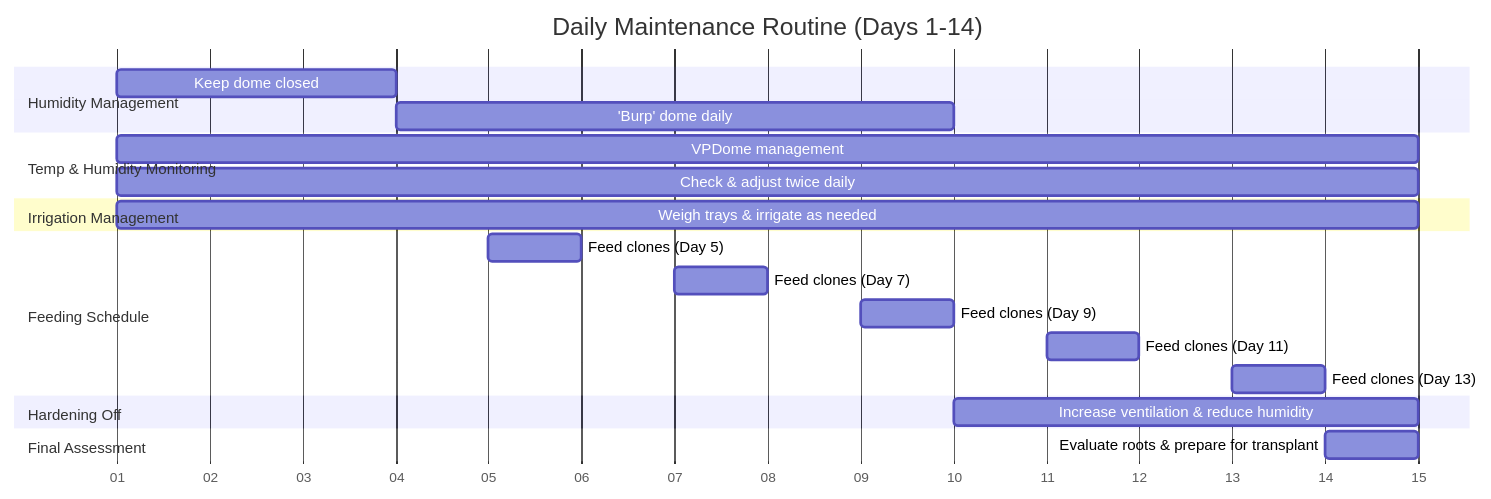
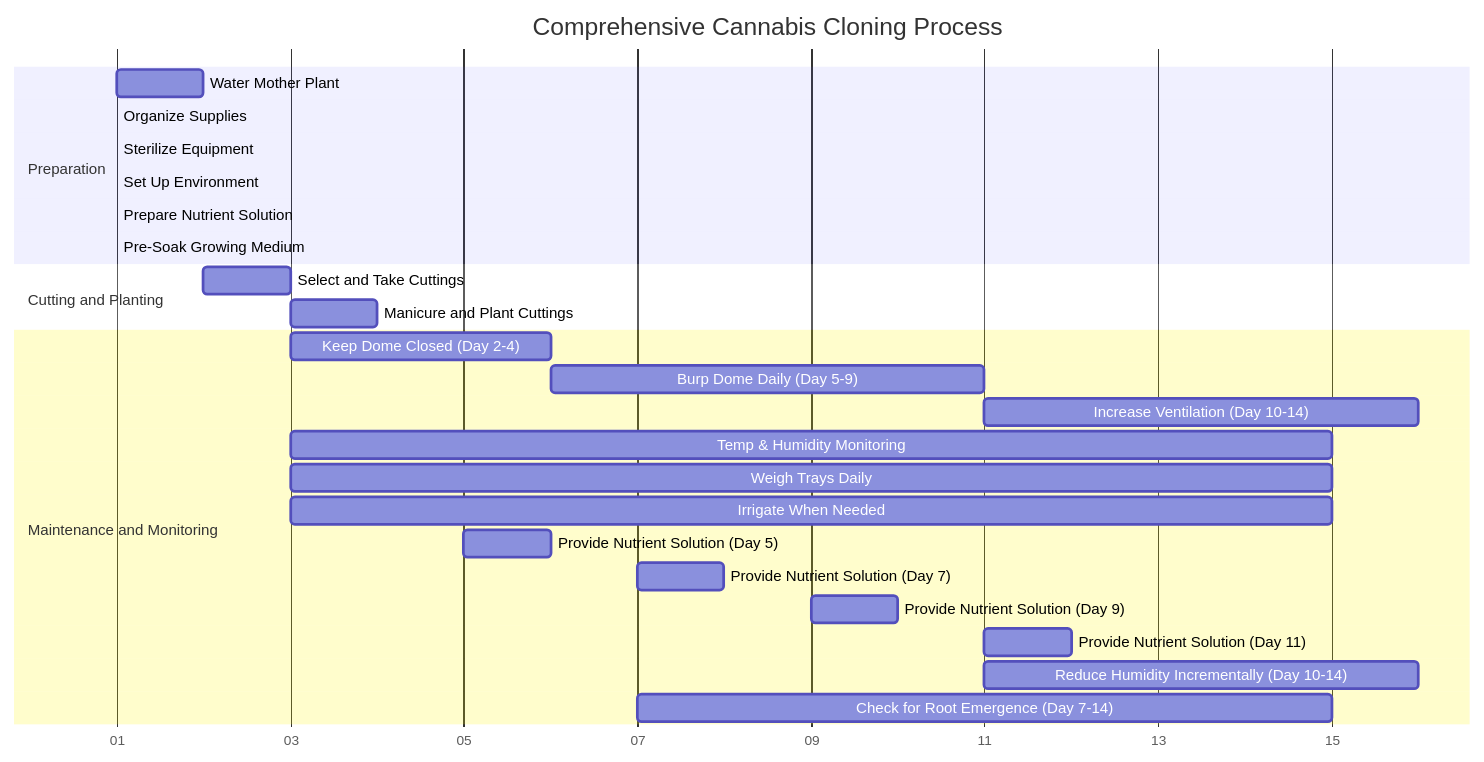
Before and after one commit to JakeTheRabbit/HAGR: the diagram in growingSOPs/cloning.md, drawn with Mermaid.

````diff
--- a/growingSOPs/cloning.md
+++ b/growingSOPs/cloning.md
@@ -27,32 +27,45 @@
-``` mermaid
+```mermaid
 gantt
-    title Daily Maintenance Routine (Days 1-14)
+    title Comprehensive Cannabis Cloning Process
     dateFormat  YYYY-MM-DD
     axisFormat  %d
+    %% Removed 'excludes weekends' to display all days sequentially
 
     %% Define the start date as Day 1 (2024-01-01)
-    section Humidity Management
-    Keep dome closed               :hm1, 2024-01-01, 3d
-    'Burp' dome daily               :hm2, 2024-01-04, 6d
+    section Preparation
+    Water Mother Plant                  :prep1, 2024-01-01, 1d
+    Organize Supplies                   :prep2, 2024-01-01, 0.25d
+    Sterilize Equipment                 :prep3, after prep2, 0.25d
+    Set Up Environment                  :prep4, after prep3, 0.25d
+    Prepare Nutrient Solution           :prep5, after prep4, 0.25d
+    Pre-Soak Growing Medium             :prep6, after prep5, 0.25d
 
-    section Temp & Humidity Monitoring
-    VPDome management               :thm1, 2024-01-01, 14d
-    Check & adjust twice daily      :thm2, 2024-01-01, 14d
+    section Cutting and Planting
+    Select and Take Cuttings             :plant1, 2024-01-02, 1d
+    Manicure and Plant Cuttings          :plant2, after plant1, 1d
 
-    section Irrigation Management
-    Weigh trays & irrigate as needed :im1, 2024-01-01, 14d
+    section Maintenance and Monitoring
+    %% Humidity Management
+    Keep Dome Closed (Day 2-4)          :maint1, 2024-01-03, 3d
+    Burp Dome Daily (Day 5-9)           :maint2, 2024-01-06, 5d
+    Increase Ventilation (Day 10-14)     :maint3, 2024-01-11, 5d
 
-    section Feeding Schedule
-    Feed clones (Day 5)             :fs1, 2024-01-05, 1d
-    Feed clones (Day 7)             :fs2, 2024-01-07, 1d
-    Feed clones (Day 9)             :fs3, 2024-01-09, 1d
-    Feed clones (Day 11)            :fs4, 2024-01-11, 1d
-    Feed clones (Day 13)            :fs5, 2024-01-13, 1d
+    %% Temperature and Humidity Monitoring
+    Temp & Humidity Monitoring           :maint4, 2024-01-03, 12d
 
-    section Hardening Off
-    Increase ventilation & reduce humidity :ho1, 2024-01-10, 5d
+    %% Irrigation Management
+    Weigh Trays Daily                    :maint5, 2024-01-03, 12d
+    Irrigate When Needed                 :maint6, 2024-01-03, 12d
 
-    section Final Assessment
-    Evaluate roots & prepare for transplant :fa1, 2024-01-14, 1d
+    %% Feeding Schedule
+    Provide Nutrient Solution (Day 5)    :maint7, 2024-01-05, 1d
+    Provide Nutrient Solution (Day 7)    :maint8, 2024-01-07, 1d
+    Provide Nutrient Solution (Day 9)    :maint9, 2024-01-09, 1d
+    Provide Nutrient Solution (Day 11)   :maint10, 2024-01-11, 1d
 
+    %% Hardening Off
+    Reduce Humidity Incrementally (Day 10-14) :maint11, 2024-01-11, 5d
+
+    %% Monitoring Root Development
+    Check for Root Emergence (Day 7-14)      :maint12, 2024-01-07, 8d
 ```
````
